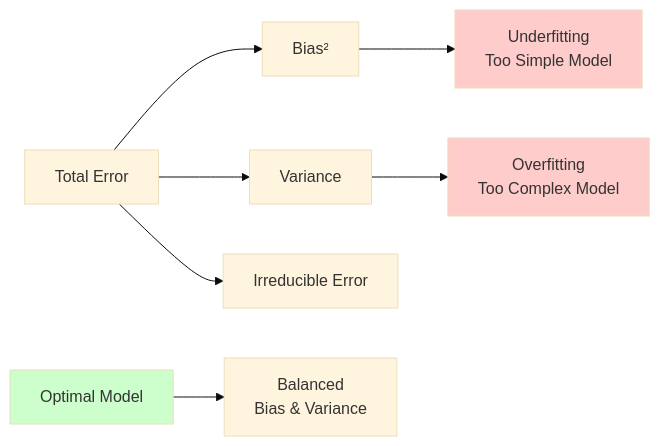
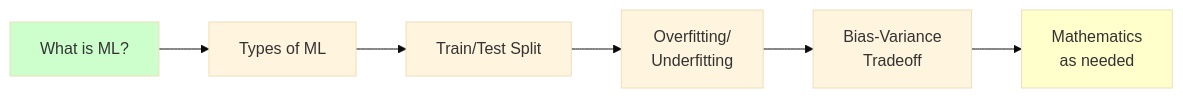
One commit to nvgr-GenAI/my-learning changed the second of 2 diagrams in docs/ml/fundamentals/index.md. Above: the diagram before and after it, drawn with Mermaid (base theme). The commit also changed other lines of this file and 82 other files, not shown here.

````diff
--- a/docs/ml/fundamentals/index.md
+++ b/docs/ml/fundamentals/index.md
@@ -92,15 +289,11 @@
-    ```mermaid
-    graph LR
-        A[Total Error] --> B[Bias²]
-        A --> C[Variance]
-        A --> D[Irreducible Error]
+```mermaid
+graph LR
+    A[What is ML?] --> B[Types of ML]
+    B --> C[Train/Test Split]
+    C --> D[Overfitting/<br/>Underfitting]
+    D --> E[Bias-Variance<br/>Tradeoff]
+    E --> F[Mathematics<br/>as needed]
 
-        B --> E[Underfitting<br/>Too Simple Model]
-        C --> F[Overfitting<br/>Too Complex Model]
-
-        G[Optimal Model] --> H[Balanced<br/>Bias & Variance]
-
-        style E fill:#ffcccc
-        style F fill:#ffcccc
-        style G fill:#ccffcc
-    ```
+    style A fill:#ccffcc
+    style F fill:#ffffcc
+```
````
